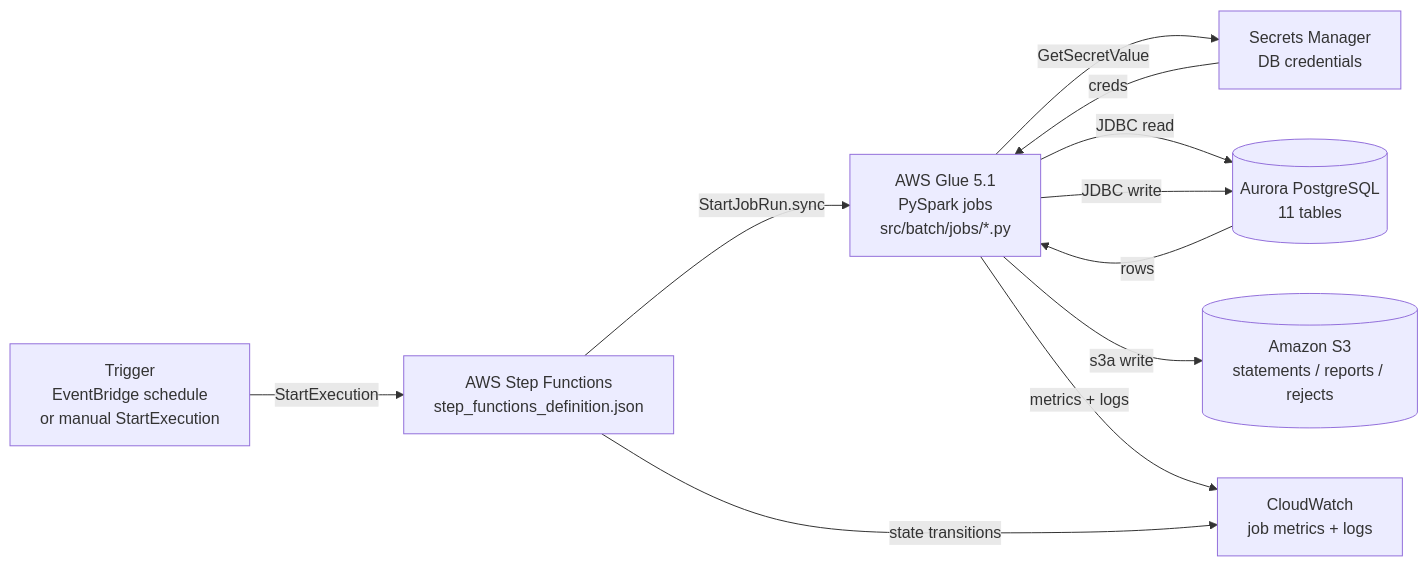
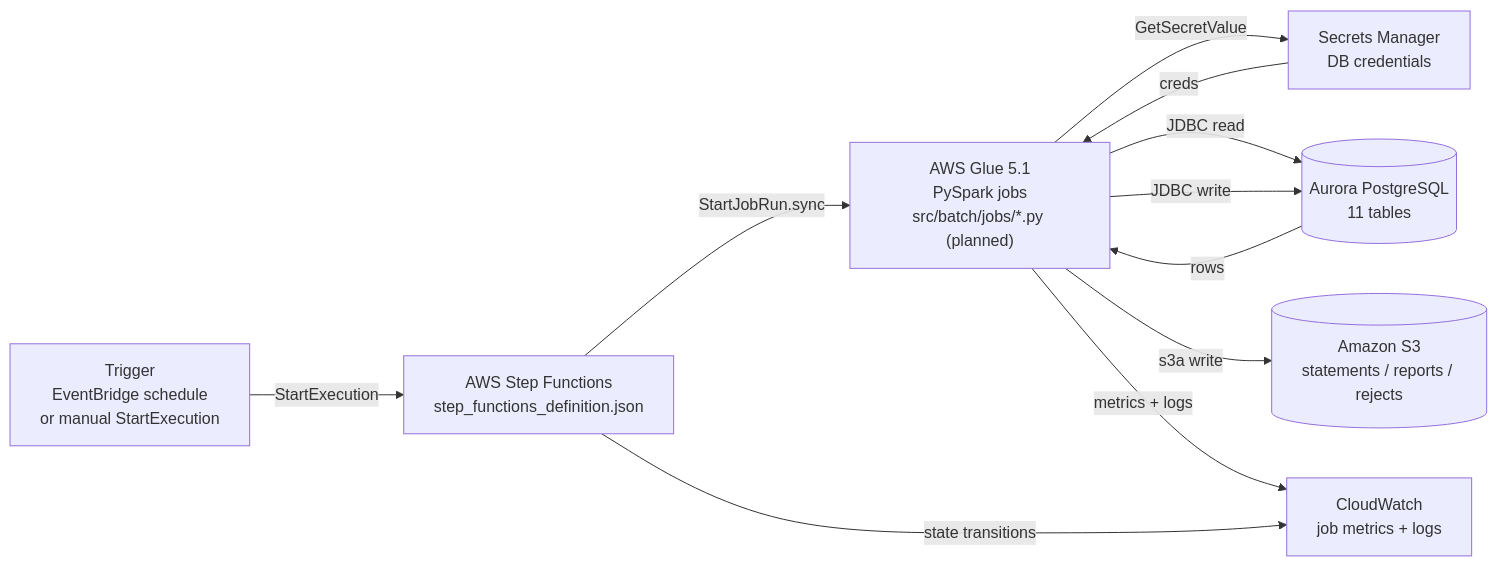
One commit to Blitzy-Sandbox/blitzy-card-demo changed the fourth of 4 diagrams in docs/architecture.md. Above: the diagram before and after it, drawn with Mermaid. The commit also changed other lines of this file and 9 other files, not shown here.

````diff
--- a/docs/architecture.md
+++ b/docs/architecture.md
@@ -527,21 +584,21 @@
 ```mermaid
 flowchart LR
     Trigger["Trigger<br/>EventBridge schedule<br/>or manual StartExecution"]
     SFN["AWS Step Functions<br/>step_functions_definition.json"]
-    Glue["AWS Glue 5.1<br/>PySpark jobs<br/>src/batch/jobs/*.py"]
+    Glue["AWS Glue 5.1<br/>PySpark jobs<br/>src/batch/jobs/*.py (planned)"]
     Aurora[("Aurora PostgreSQL<br/>11 tables")]
     S3[("Amazon S3<br/>statements / reports / rejects")]
     Secrets["Secrets Manager<br/>DB credentials"]
     CW["CloudWatch<br/>job metrics + logs"]
 
     Trigger -->|StartExecution| SFN
     SFN -->|StartJobRun.sync| Glue
     Glue -->|GetSecretValue| Secrets
     Secrets -->|creds| Glue
     Glue -->|JDBC read| Aurora
     Aurora -->|rows| Glue
     Glue -->|JDBC write| Aurora
     Glue -->|s3a write| S3
     Glue -->|metrics + logs| CW
     SFN -->|state transitions| CW
 ```
````
